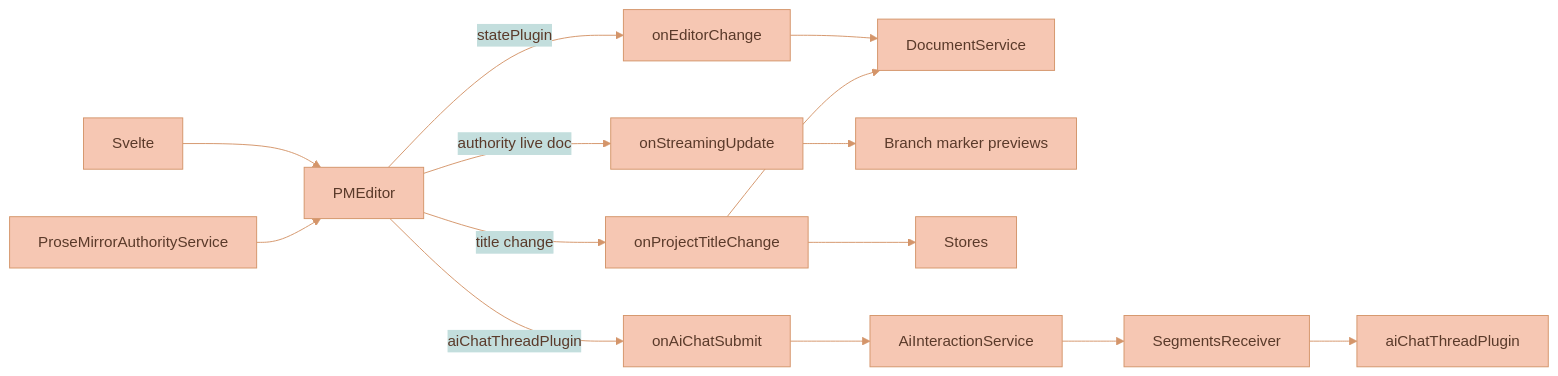
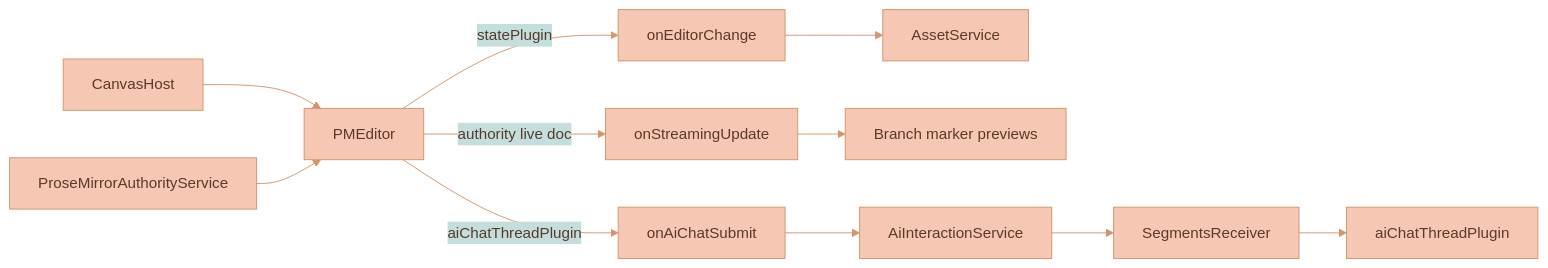
The eighth of 8 diagrams in services/web-ui/src/components/proseMirror/README.md (Lixpi/lixpi), drawn with Mermaid before and after one commit. The commit also changed other lines of this file and 225 other files, not shown here.

````diff
--- a/services/web-ui/src/components/proseMirror/README.md
+++ b/services/web-ui/src/components/proseMirror/README.md
@@ -394,14 +394,12 @@
 ```mermaid
 %%{init: {'theme': 'base', 'themeVariables': { 'primaryColor': '#F6C7B3', 'primaryTextColor': '#5a3a2a', 'primaryBorderColor': '#d4956a', 'secondaryColor': '#C3DEDD', 'secondaryTextColor': '#1a3a47', 'secondaryBorderColor': '#4a8a9d', 'tertiaryColor': '#DCECE9', 'tertiaryTextColor': '#1a3a47', 'tertiaryBorderColor': '#82B2C0', 'lineColor': '#d4956a', 'textColor': '#5a3a2a'}}}%%
 flowchart LR
-  Svelte --> PMEditor
+  CanvasHost --> PMEditor
   PMEditor -->|statePlugin| onEditorChange
   PMEditor -->|authority live doc| onStreamingUpdate
-  PMEditor -->|title change| onProjectTitleChange
   PMEditor -->|aiChatThreadPlugin| onAiChatSubmit
-  onEditorChange --> DocumentService
+  onEditorChange --> AssetService
   onStreamingUpdate --> CanvasPreviews[Branch marker previews]
-  onProjectTitleChange --> DocumentService & Stores
   onAiChatSubmit --> AiInteractionService --> SegmentsReceiver --> aiChatThreadPlugin
   ProseMirrorAuthorityService --> PMEditor
 ```
````
